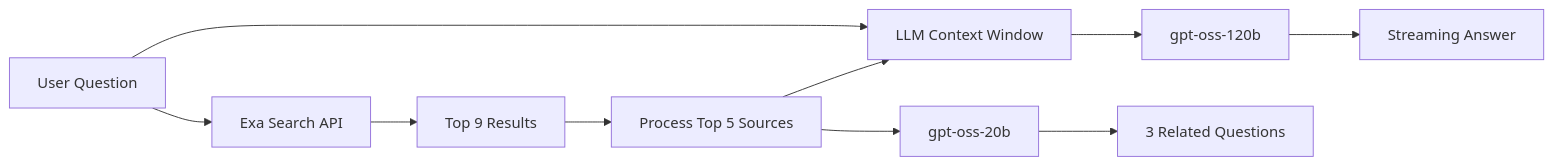
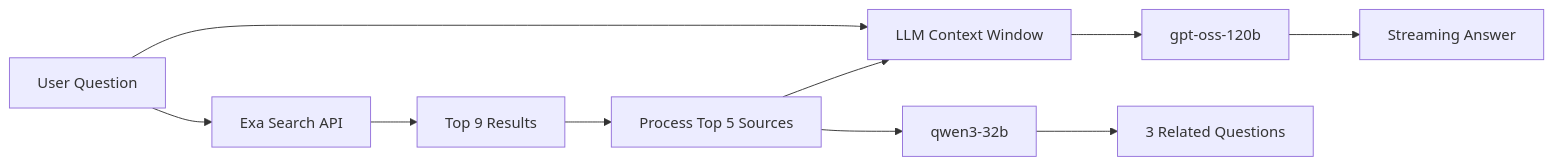
Before and after one commit to MontaCoder/NeuroSearch: the diagram in README.md, drawn with Mermaid. The commit also changed other lines of this file, not shown here.

First line of the commit message:
Replace gpt-oss-20b with qwen3-32b in README

````diff
--- a/README.md
+++ b/README.md
@@ -54,12 +54,12 @@
 ```mermaid
 graph LR
     A[User Question] --> B[Exa Search API]
     B --> C[Top 9 Results]
     C --> D[Process Top 5 Sources]
     D --> E[LLM Context Window]
     A --> E
     E --> F[gpt-oss-120b]
     F --> G[Streaming Answer]
-    D --> H[gpt-oss-20b]
+    D --> H[qwen3-32b]
     H --> I[3 Related Questions]
 ```
````
